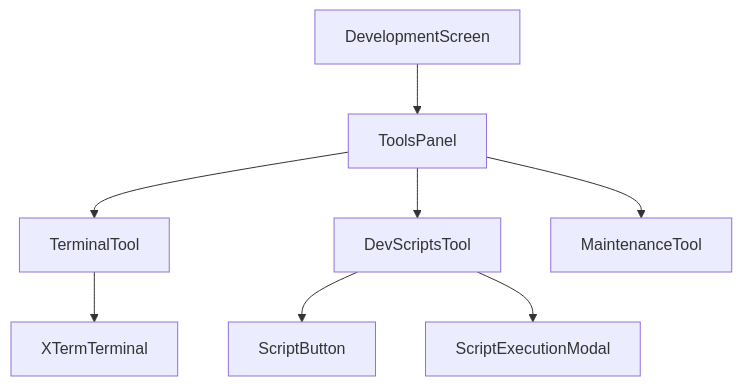
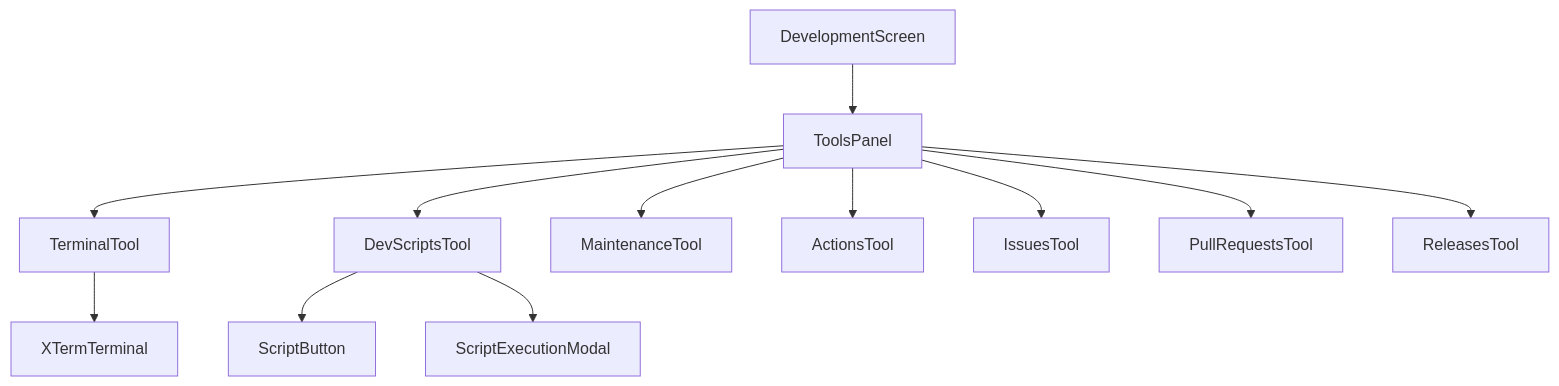
Before and after one commit to strawhatluka/cola-records: the ninth of 14 diagrams in docs/architecture/component-hierarchy.md, drawn with Mermaid. The commit also changed other lines of this file and 5 other files, not shown here.

Commit message:
docs: update all documentation to reflect v1.0.4–v1.0.5 codebase changes (108 components, 163 IPC channels, new Dashboard/Documentation/Actions/Releases features)

````diff
--- a/docs/architecture/component-hierarchy.md
+++ b/docs/architecture/component-hierarchy.md
@@ -300,11 +303,15 @@
 ```mermaid
 graph TD
     DevelopmentScreen[DevelopmentScreen] --> ToolsPanel[ToolsPanel]
     ToolsPanel --> TerminalTool[TerminalTool]
     ToolsPanel --> DevScriptsTool[DevScriptsTool]
     ToolsPanel --> MaintenanceTool[MaintenanceTool]
+    ToolsPanel --> ActionsTool[ActionsTool]
+    ToolsPanel --> IssuesTool[IssuesTool]
+    ToolsPanel --> PullRequestsTool[PullRequestsTool]
+    ToolsPanel --> ReleasesTool[ReleasesTool]
 
     TerminalTool --> XTermTerminal[XTermTerminal]
     DevScriptsTool --> ScriptButton[ScriptButton]
     DevScriptsTool --> ScriptExecutionModal[ScriptExecutionModal]
 ```
````
